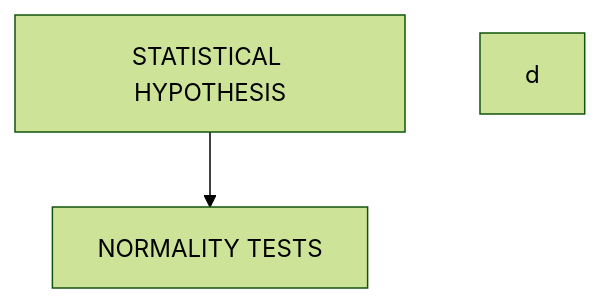
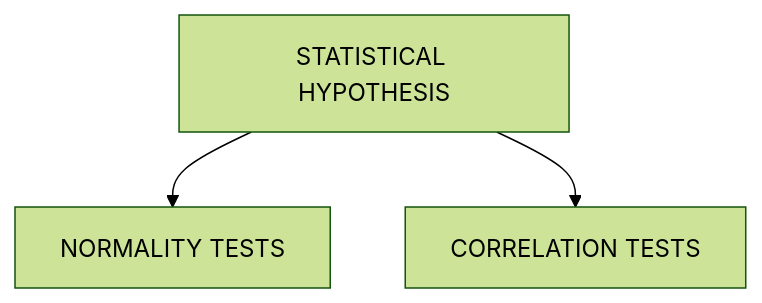
One commit to dvamsidhar2002/Statistical-Hypothesis-Testing-with-Python changed the diagram in README.md. Above: the diagram before and after it, drawn with Mermaid (forest theme).

````diff
--- a/README.md
+++ b/README.md
@@ -6,4 +6,5 @@
 ```mermaid
 flowchart TD
-A[STATISTICAL HYPOTHESIS] --> B[NORMALITY TESTS];d
+A[STATISTICAL HYPOTHESIS] --> B[NORMALITY TESTS];
+A[STATISTICAL HYPOTHESIS] --> C[CORRELATION TESTS];
 ```
````
